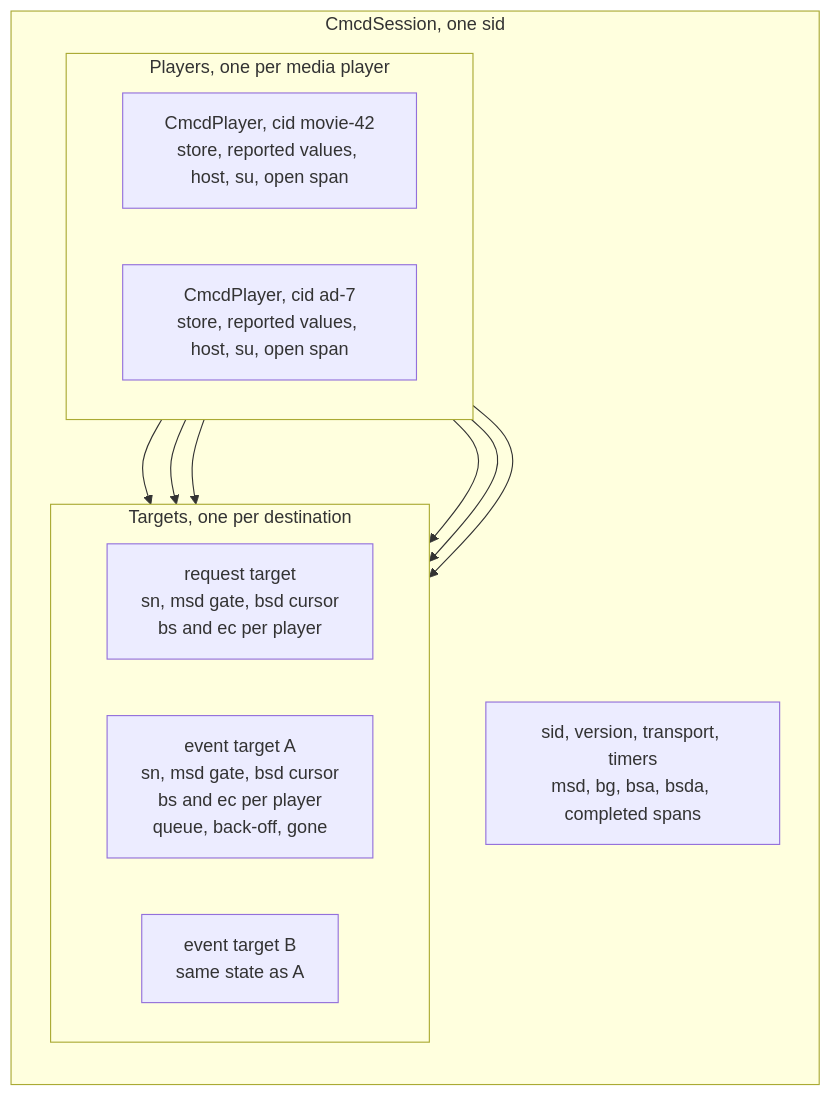
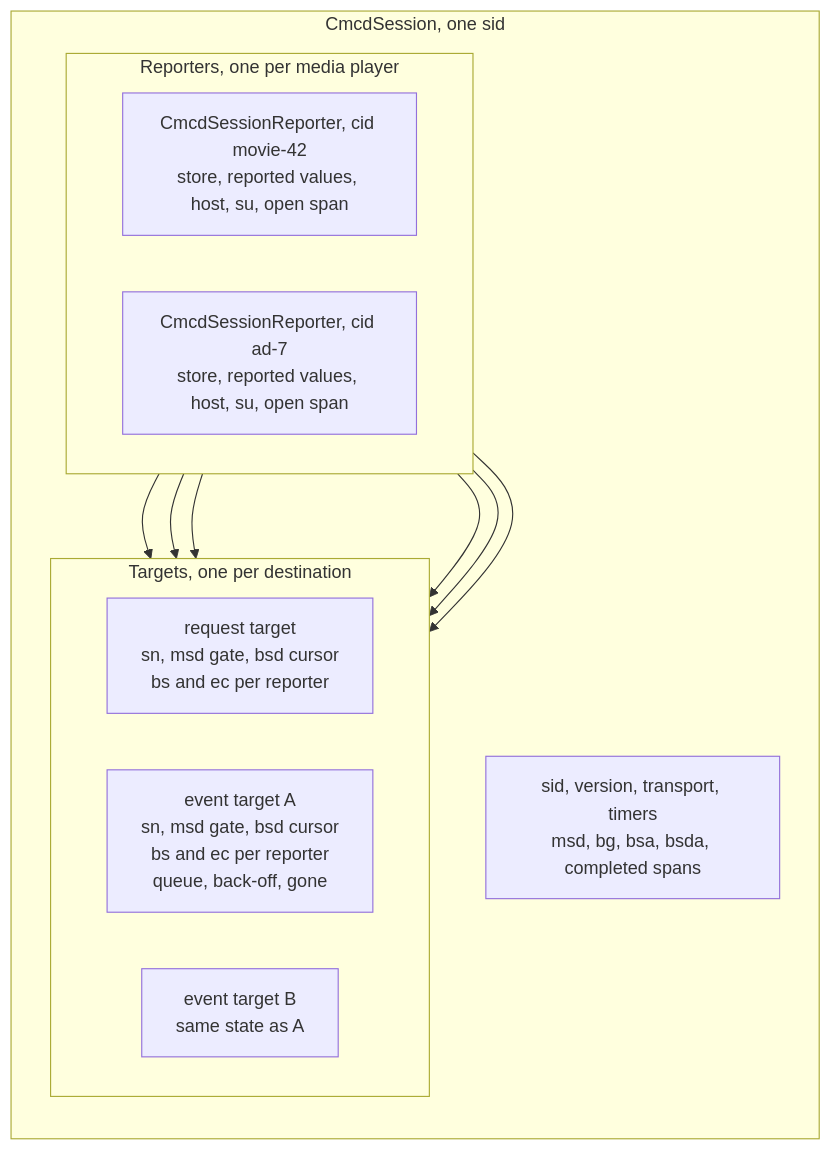
Before and after one commit to streaming-video-technology-alliance/common-media-library: the first of 5 diagrams in rfc/cmcd-session-api.md, drawn with Mermaid. The commit also changed other lines of this file and 2 other files, not shown here.

First line of the commit message:
docs(rfc): apply the first review round to the session API RFC

````diff
--- a/rfc/cmcd-session-api.md
+++ b/rfc/cmcd-session-api.md
@@ -108,24 +108,24 @@
 ```mermaid
 flowchart TB
     subgraph session["CmcdSession, one sid"]
         direction TB
         sdata["sid, version, transport, timers<br>msd, bg, bsa, bsda, completed spans"]
-        subgraph players["Players, one per media player"]
+        subgraph reporters["Reporters, one per media player"]
             direction LR
-            primary["CmcdPlayer, cid movie-42<br>store, reported values, host, su, open span"]
-            ad["CmcdPlayer, cid ad-7<br>store, reported values, host, su, open span"]
+            primary["CmcdSessionReporter, cid movie-42<br>store, reported values, host, su, open span"]
+            ad["CmcdSessionReporter, cid ad-7<br>store, reported values, host, su, open span"]
         end
         subgraph targets["Targets, one per destination"]
             direction LR
-            req["request target<br>sn, msd gate, bsd cursor<br>bs and ec per player"]
-            ev1["event target A<br>sn, msd gate, bsd cursor<br>bs and ec per player<br>queue, back-off, gone"]
+            req["request target<br>sn, msd gate, bsd cursor<br>bs and ec per reporter"]
+            ev1["event target A<br>sn, msd gate, bsd cursor<br>bs and ec per reporter<br>queue, back-off, gone"]
             ev2["event target B<br>same state as A"]
         end
     end
     primary --> req
     primary --> ev1
     primary --> ev2
     ad --> req
     ad --> ev1
     ad --> ev2
 ```
````
